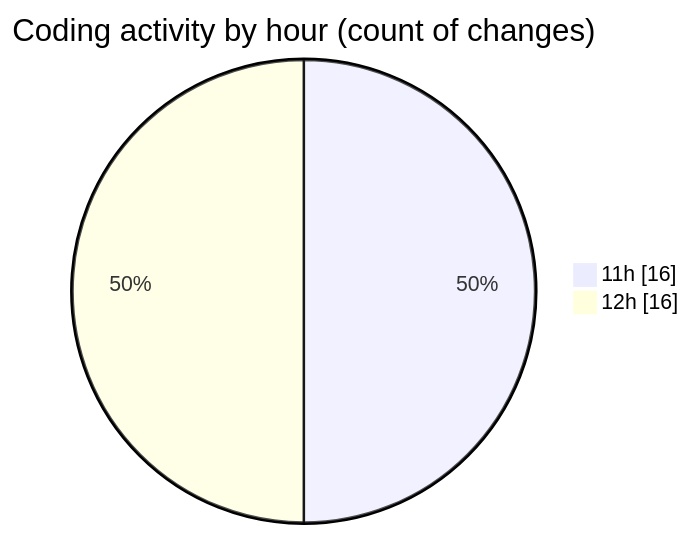
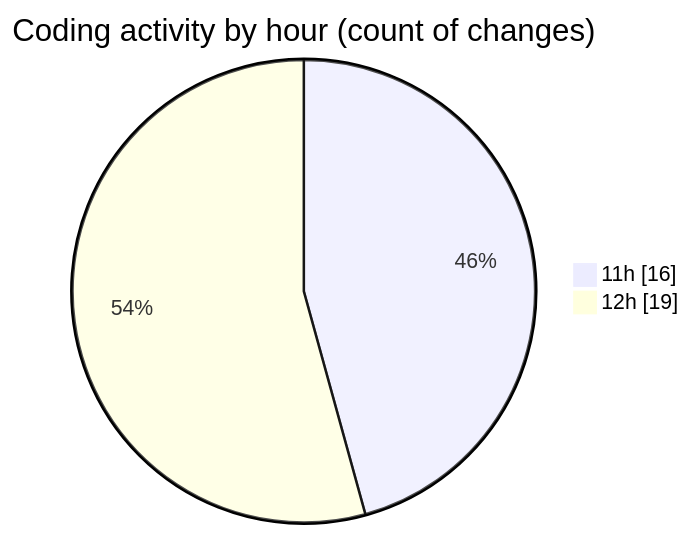
Before and after one commit to Netris89/code-tracking: the second of 2 diagrams in 2025-03-26/back-end/README.md, drawn with Mermaid. The commit also changed other lines of this file and 1 other file, not shown here.

````diff
--- a/2025-03-26/back-end/README.md
+++ b/2025-03-26/back-end/README.md
@@ -43,6 +44,6 @@
 ```mermaid
 pie showData
 title Coding activity by hour (count of changes)
 "11h" : 16
-"12h" : 16
+"12h" : 19
 ```
````
